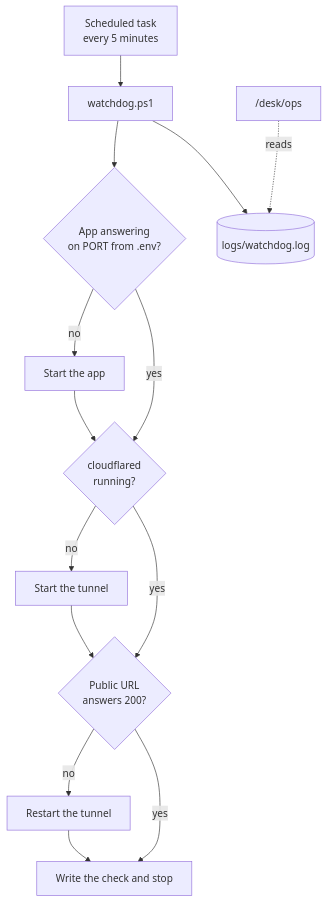
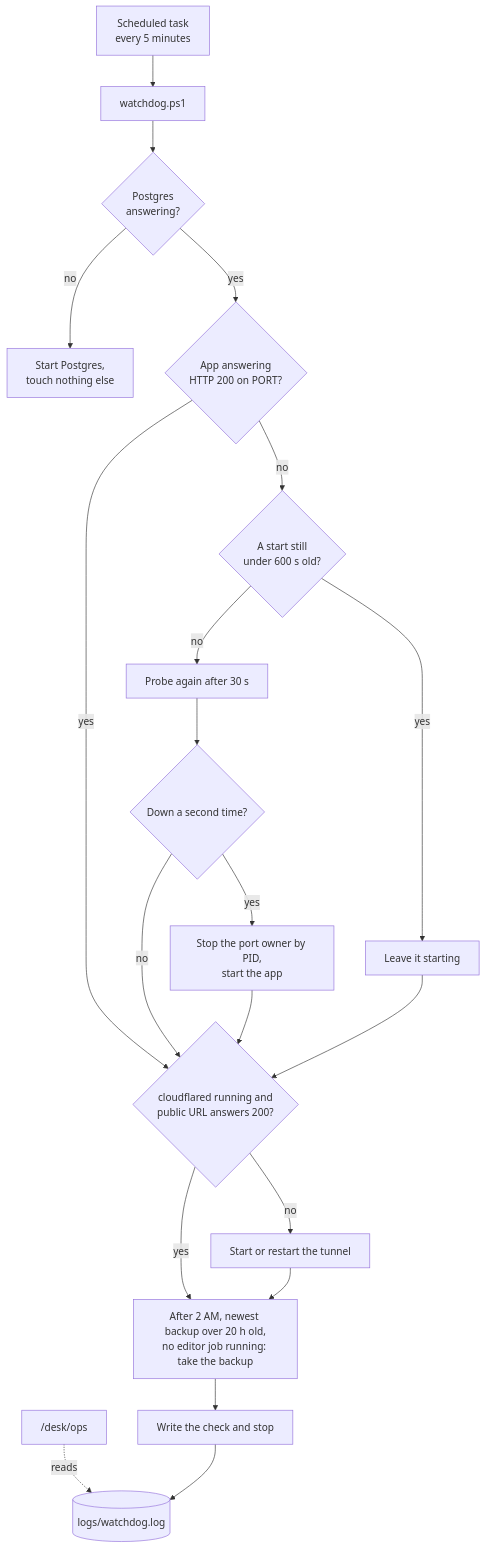
One commit to scottconverse/TownReporter changed the diagram in docs/diagrams/keeping-it-online.mmd. Above: the diagram before and after it, drawn with Mermaid. The commit also changed 51 other files, not shown here.

First line of the commit message:
docs: 0.6.84 release docs - full user manual, landing page, README, guides, diagrams

```diff
--- a/docs/diagrams/keeping-it-online.mmd
+++ b/docs/diagrams/keeping-it-online.mmd
@@ -1,15 +1,21 @@
 flowchart TB
     T["Scheduled task<br/>every 5 minutes"] --> WD["watchdog.ps1"]
-    WD --> C1{"App answering<br/>on PORT from .env?"}
-    C1 -->|no| R1["Start the app"]
-    C1 -->|yes| C2{"cloudflared<br/>running?"}
+    WD --> PG{"Postgres<br/>answering?"}
+    PG -->|no| RPG["Start Postgres,<br/>touch nothing else"]
+    PG -->|yes| C1{"App answering<br/>HTTP 200 on PORT?"}
+    C1 -->|yes| C2
+    C1 -->|no| GUARD{"A start still<br/>under 600 s old?"}
+    GUARD -->|yes| LEAVE["Leave it starting"]
+    GUARD -->|no| AGAIN["Probe again after 30 s"]
+    AGAIN --> SECOND{"Down a second time?"}
+    SECOND -->|no| C2
+    SECOND -->|yes| R1["Stop the port owner by PID,<br/>start the app"]
     R1 --> C2
-    C2 -->|no| R2["Start the tunnel"]
-    C2 -->|yes| C3{"Public URL<br/>answers 200?"}
-    R2 --> C3
-    C3 -->|no| R3["Restart the tunnel"]
-    C3 -->|yes| OK["Write the check and stop"]
-    R3 --> OK
+    LEAVE --> C2
+    C2{"cloudflared running and<br/>public URL answers 200?"} -->|no| R2["Start or restart the tunnel"]
+    C2 -->|yes| NIGHT
+    R2 --> NIGHT
+    NIGHT["After 2 AM, newest backup over 20 h old,<br/>no editor job running: take the backup"] --> OK["Write the check and stop"]
 
     OPS["/desk/ops"] -.reads.-> LOG[("logs/watchdog.log")]
-    WD --> LOG
+    OK --> LOG
```
